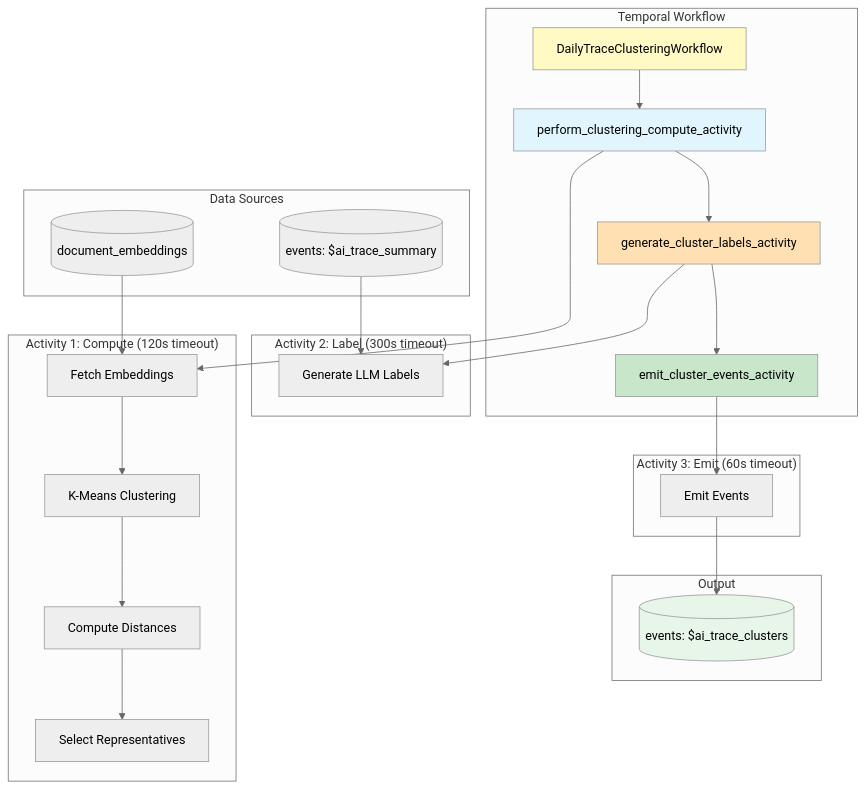
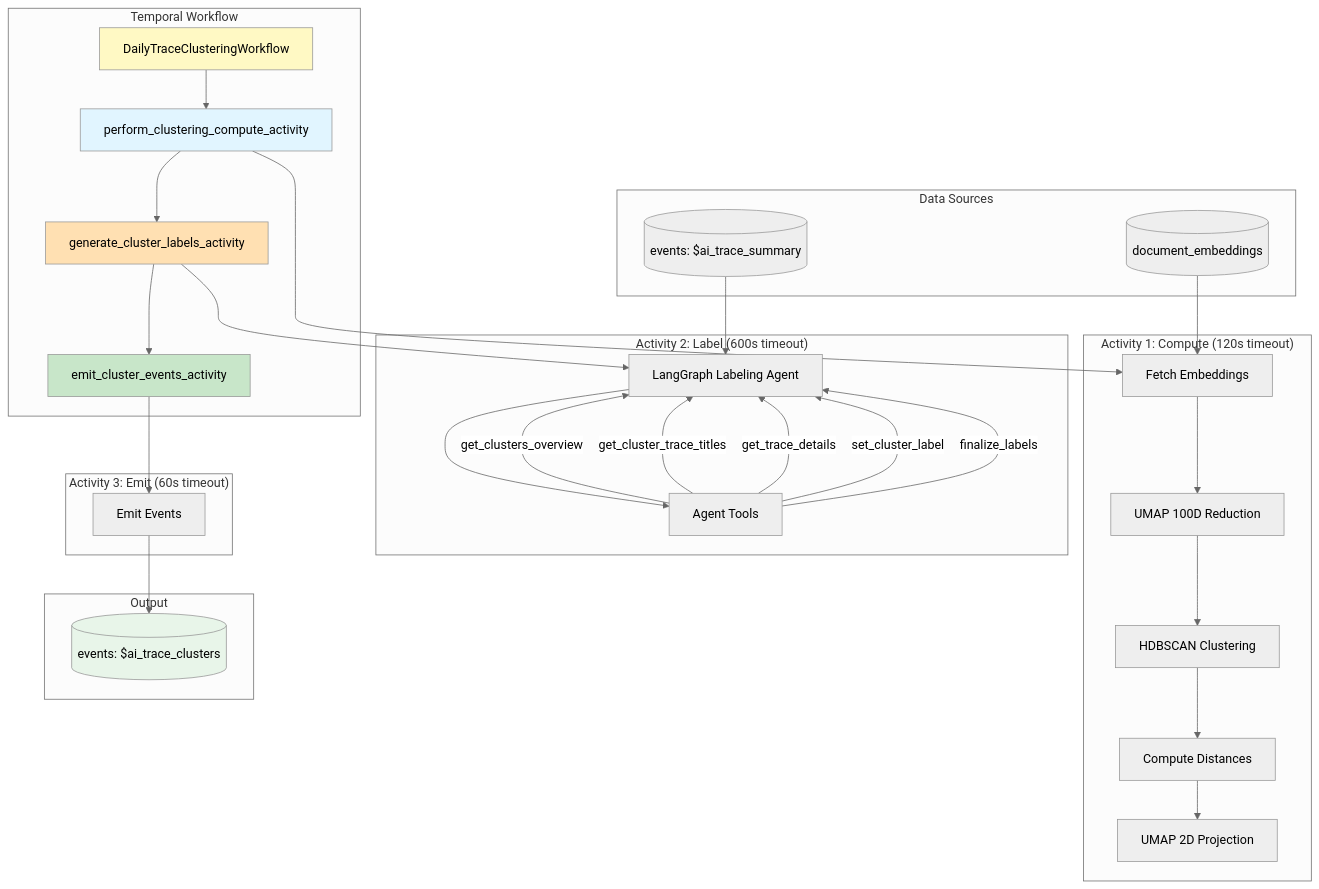
One commit to hanzoai/insights changed the diagram in posthog/temporal/llm_analytics/trace_clustering/README.md. Above: the diagram before and after it, drawn with Mermaid (neutral theme). The commit also changed other lines of this file and 24 other files, not shown here.

Commit message:
feat(llma): (3/4) Add HDBSCAN clustering workflow with LangGraph labeling agent (#43488)

````diff
--- a/posthog/temporal/llm_analytics/trace_clustering/README.md
+++ b/posthog/temporal/llm_analytics/trace_clustering/README.md
@@ -38,39 +47,46 @@
 ```mermaid
 graph TB
     subgraph "Temporal Workflow"
         WF[DailyTraceClusteringWorkflow]
         WF --> ACT1[perform_clustering_compute_activity]
         ACT1 --> ACT2[generate_cluster_labels_activity]
         ACT2 --> ACT3[emit_cluster_events_activity]
     end
 
     subgraph "Activity 1: Compute (120s timeout)"
         ACT1 --> FETCH[Fetch Embeddings]
-        FETCH --> CLUSTER[K-Means Clustering]
+        FETCH --> UMAP1[UMAP 100D Reduction]
+        UMAP1 --> CLUSTER[HDBSCAN Clustering]
         CLUSTER --> DIST[Compute Distances]
-        DIST --> REPS[Select Representatives]
+        DIST --> UMAP2[UMAP 2D Projection]
     end
 
-    subgraph "Activity 2: Label (300s timeout)"
-        ACT2 --> LABEL[Generate LLM Labels]
+    subgraph "Activity 2: Label (600s timeout)"
+        ACT2 --> AGENT[LangGraph Labeling Agent]
+        AGENT --> TOOLS[Agent Tools]
+        TOOLS --> |get_clusters_overview| AGENT
+        TOOLS --> |get_cluster_trace_titles| AGENT
+        TOOLS --> |get_trace_details| AGENT
+        TOOLS --> |set_cluster_label| AGENT
+        TOOLS --> |finalize_labels| AGENT
     end
 
     subgraph "Activity 3: Emit (60s timeout)"
         ACT3 --> EMIT[Emit Events]
     end
 
     subgraph "Data Sources"
         CH_EMB[(document_embeddings)] --> FETCH
-        CH_SUM[(events: $ai_trace_summary)] --> LABEL
+        CH_SUM[(events: $ai_trace_summary)] --> AGENT
     end
 
     subgraph "Output"
         EMIT --> CH_OUT[(events: $ai_trace_clusters)]
     end
 
     style WF fill:#fff9c4
     style ACT1 fill:#e1f5ff
     style ACT2 fill:#ffe0b2
     style ACT3 fill:#c8e6c9
     style CH_OUT fill:#e8f5e9
 ```
````
